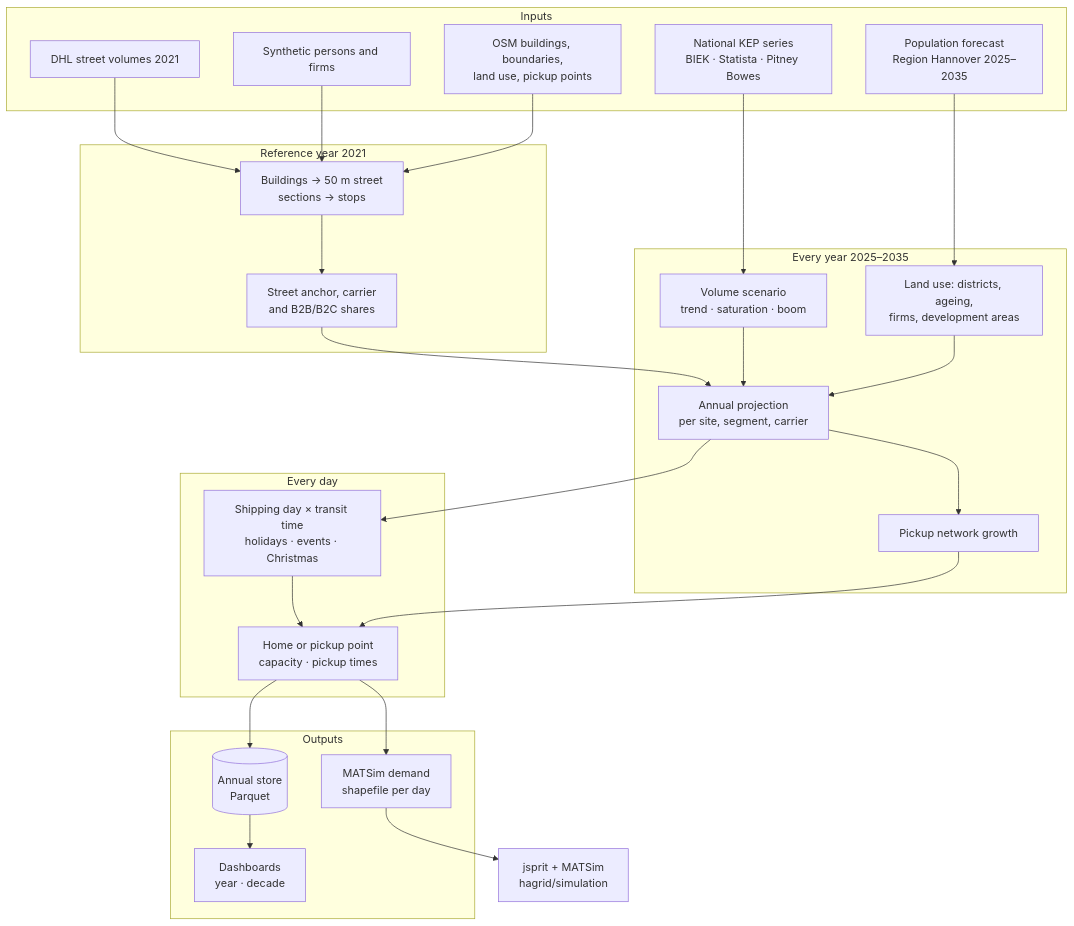
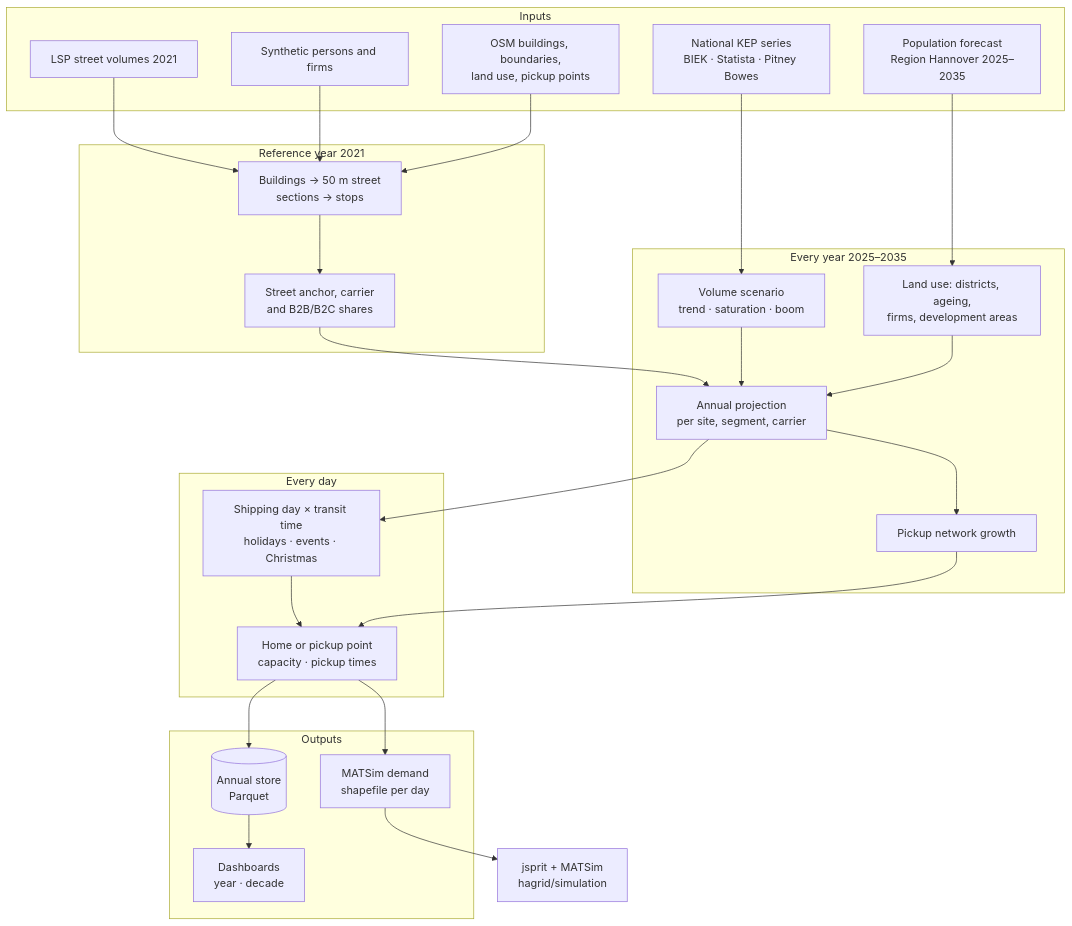
Before and after one commit to TUBS-IVS/HAGRID: the diagram in README.md, drawn with Mermaid. The commit also changed other lines of this file and 32 other files, not shown here.

First line of the commit message:
docs: refer to the provider of the street data as an anonymous LSP

````diff
--- a/README.md
+++ b/README.md
@@ -248,39 +248,39 @@
 ```mermaid
 flowchart TB
     subgraph inputs ["Inputs"]
-        dhl["DHL street volumes 2021"]
+        lsp["LSP street volumes 2021"]
         people["Synthetic persons and firms"]
         osm["OSM buildings, boundaries,<br/>land use, pickup points"]
         kep["National KEP series<br/>BIEK · Statista · Pitney Bowes"]
         forecast["Population forecast<br/>Region Hannover 2025–2035"]
     end
     subgraph reference ["Reference year 2021"]
         stops["Buildings → 50 m street<br/>sections → stops"]
         anchor["Street anchor, carrier<br/>and B2B/B2C shares"]
     end
     subgraph years ["Every year 2025–2035"]
         scenario["Volume scenario<br/>trend · saturation · boom"]
         landuse["Land use: districts, ageing,<br/>firms, development areas"]
         projection["Annual projection<br/>per site, segment, carrier"]
         network["Pickup network growth"]
     end
     subgraph days ["Every day"]
         temporal["Shipping day × transit time<br/>holidays · events · Christmas"]
         allocation["Home or pickup point<br/>capacity · pickup times"]
     end
     subgraph outputs ["Outputs"]
         store[("Annual store<br/>Parquet")]
         matsim["MATSim demand<br/>shapefile per day"]
         dashboards["Dashboards<br/>year · decade"]
     end
-    dhl & people & osm --> stops --> anchor
+    lsp & people & osm --> stops --> anchor
     kep --> scenario
     forecast --> landuse
     anchor & scenario & landuse --> projection
     projection --> network
     projection --> temporal --> allocation
     network --> allocation
     allocation --> store & matsim
     store --> dashboards
     matsim --> sim["jsprit + MATSim<br/>hagrid/simulation"]
 ```
````
